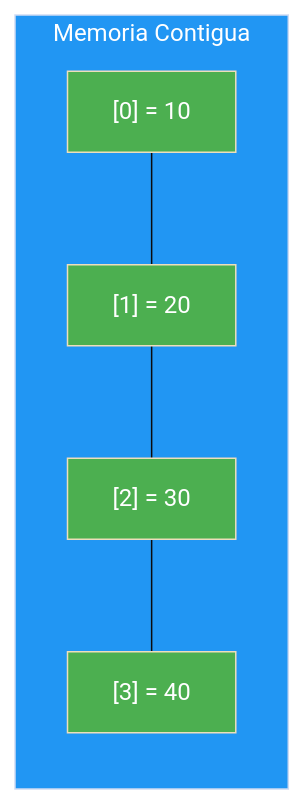
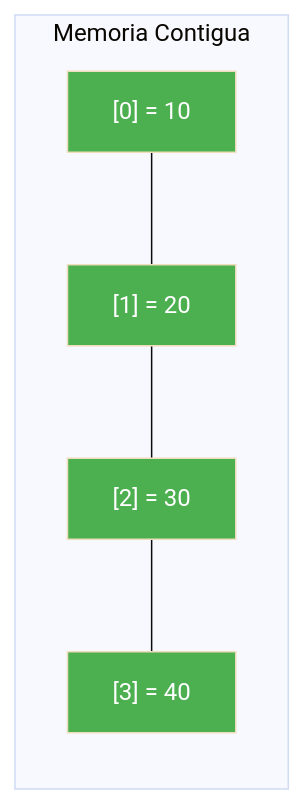
One commit to joseluisgs/Programacion-03-2026-2027 changed the first of 3 diagrams in 01-introduccion-arrays.md. Above: the diagram before and after it, drawn with Mermaid (base theme). The commit also changed 2 other files, not shown here.

Commit message:
docs: elimina los style de los subgraf de los diagramas Mermaid
Las cajas contenedoras quedan transparentes con su borde y el color va solo en los nodos; si no, la caja se funde con lo de dentro

````diff
--- a/01-introduccion-arrays.md
+++ b/01-introduccion-arrays.md
@@ -37,11 +37,10 @@
 ```mermaid
 graph LR
     subgraph Memoria ["Memoria Contigua"]
         A["[0] = 10"] --- B["[1] = 20"] --- C["[2] = 30"] --- D["[3] = 40"]
     end
-    style Memoria fill:#2196F3,color:#fff
     style A fill:#4CAF50,color:#fff
     style B fill:#4CAF50,color:#fff
     style C fill:#4CAF50,color:#fff
     style D fill:#4CAF50,color:#fff
 ```
````
